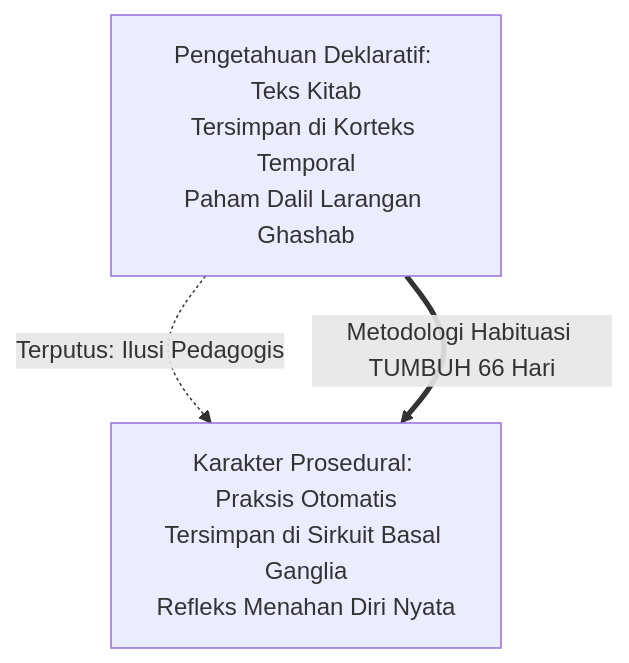
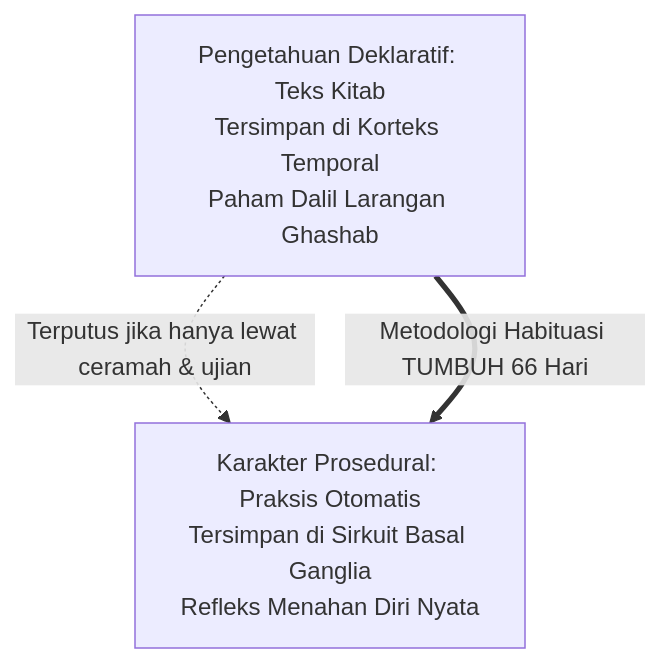
Before and after one commit to wandiapriliyandi/tumbuh: the second of 4 diagrams in BOOK-SERIES/Volume-01/Bab-01-Krisis-Karakter-dan-Urgensi-Rekonstruksi/01-Anomali-Pendidikan-Karakter-Tradisional.md, drawn with Mermaid. The commit also changed other lines of this file and 2 other files, not shown here.

````diff
--- a/BOOK-SERIES/Volume-01/Bab-01-Krisis-Karakter-dan-Urgensi-Rekonstruksi/01-Anomali-Pendidikan-Karakter-Tradisional.md
+++ b/BOOK-SERIES/Volume-01/Bab-01-Krisis-Karakter-dan-Urgensi-Rekonstruksi/01-Anomali-Pendidikan-Karakter-Tradisional.md
@@ -41,8 +57,8 @@
 ```mermaid
 graph TD
     Deklaratif["Pengetahuan Deklaratif: Teks Kitab<br/>Tersimpan di Korteks Temporal<br/>Paham Dalil Larangan Ghashab"]
     Prosedural["Karakter Prosedural: Praksis Otomatis<br/>Tersimpan di Sirkuit Basal Ganglia<br/>Refleks Menahan Diri Nyata"]
 
-    Deklaratif -.->|"Terputus: Ilusi Pedagogis"| Prosedural
+    Deklaratif -.->|"Terputus jika hanya lewat ceramah & ujian"| Prosedural
     Deklaratif ==>|"Metodologi Habituasi TUMBUH 66 Hari"| Prosedural
 ```
````
